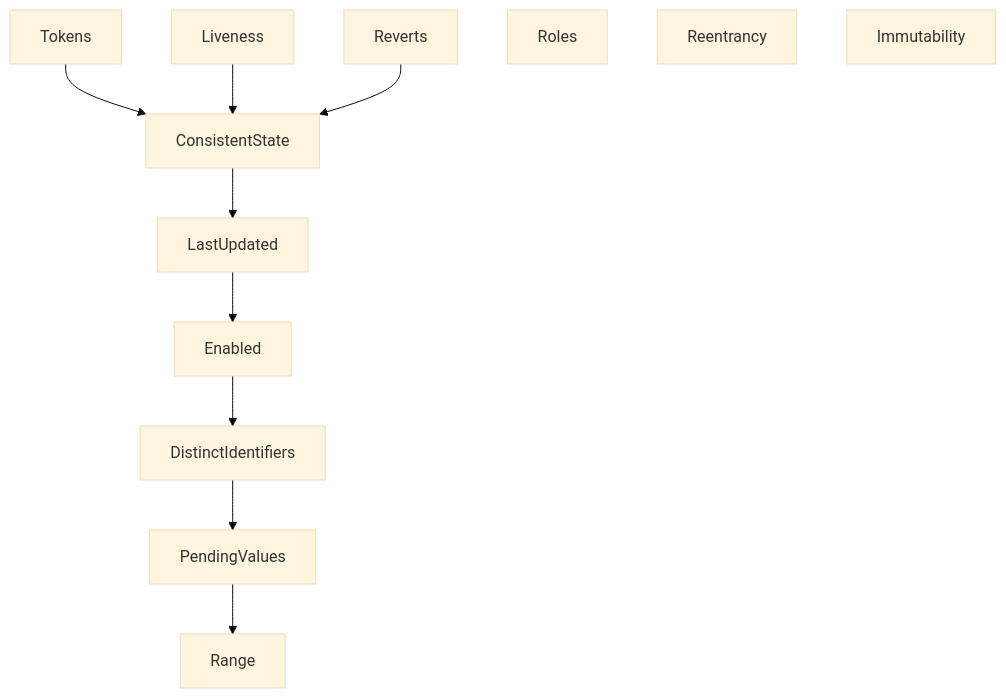
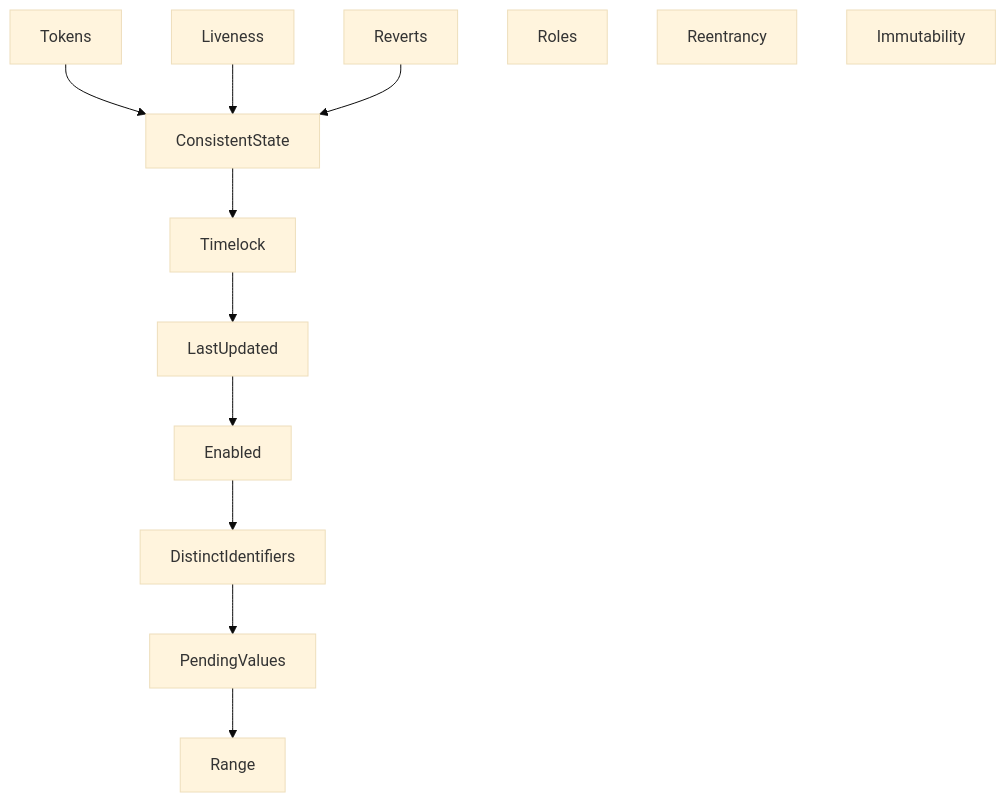
Before and after one commit to morpho-org/metamorpho: the diagram in certora/README.md, drawn with Mermaid (base theme). The commit also changed other lines of this file and 2 other files, not shown here.

Commit message:
feat: next removable at

````diff
--- a/certora/README.md
+++ b/certora/README.md
@@ -210,14 +212,15 @@
 ```mermaid
 graph
 Tokens --> ConsistentState
 Liveness --> ConsistentState
 Reverts --> ConsistentState
-ConsistentState --> LastUpdated
+ConsistentState --> Timelock
+Timelock --> LastUpdated
 LastUpdated --> Enabled
 Enabled --> DistinctIdentifiers
 DistinctIdentifiers --> PendingValues
 PendingValues --> Range
 Roles
 Reentrancy
 Immutability
 ```
````
